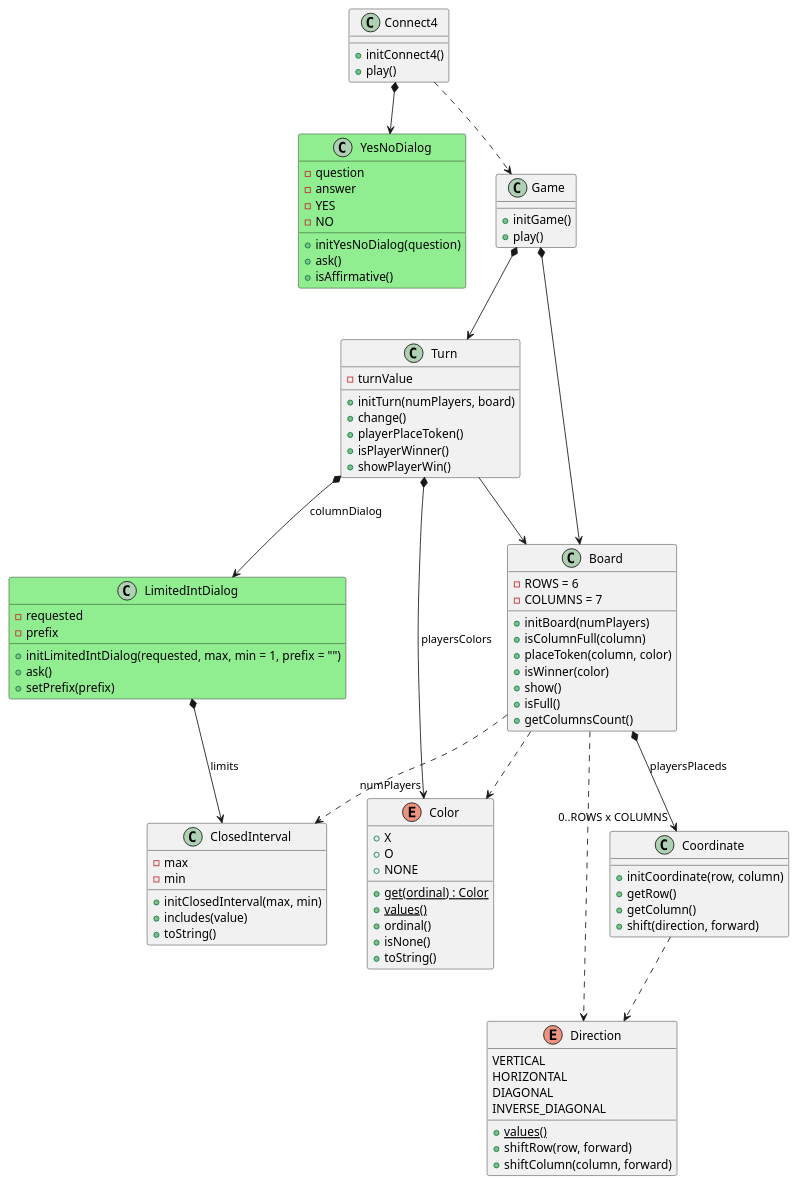
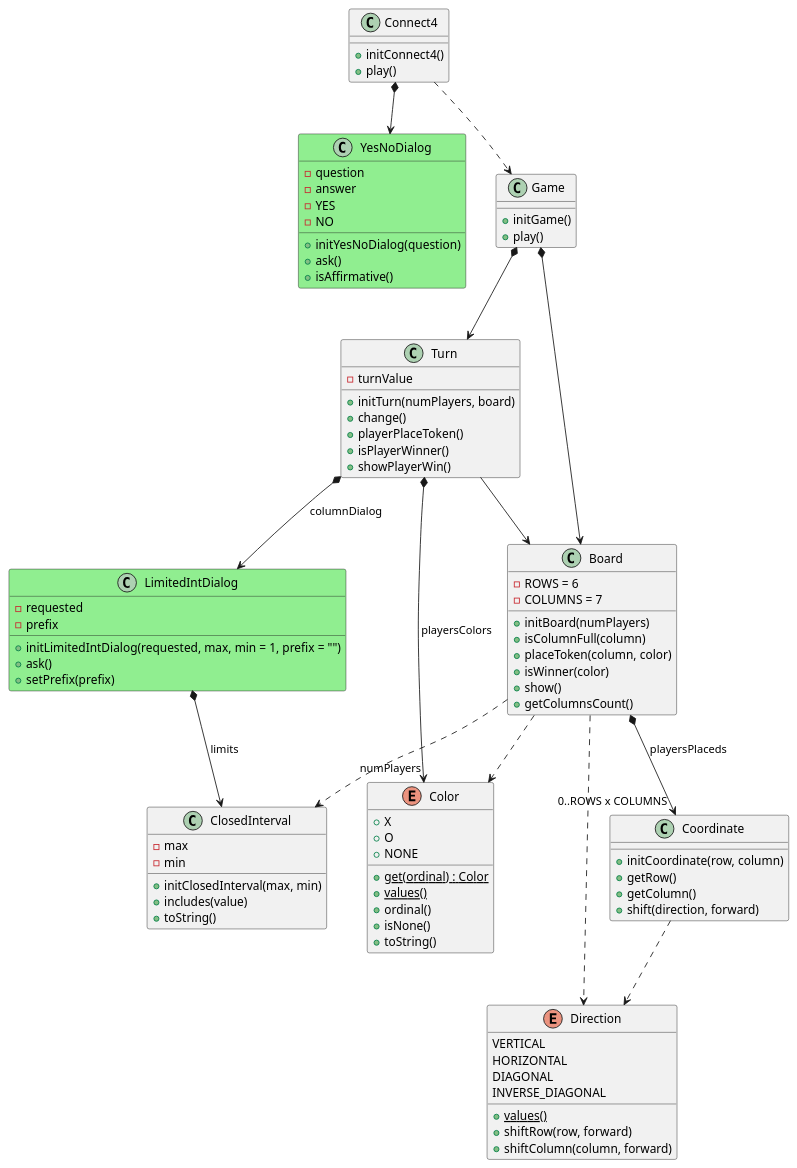
The diagram in docs/dev-resume/src/analysis.plantuml (PabloMartinFluvia/myGame-connect4), drawn with PlantUML before and after one commit. The commit also changed 4 other files, not shown here.

```diff
--- a/docs/dev-resume/src/analysis.plantuml
+++ b/docs/dev-resume/src/analysis.plantuml
@@ -1,112 +1,111 @@
 @startuml analysis
 
 class Connect4 {
 
     + initConnect4()
     + play()
 }
 Connect4 *--> YesNoDialog
 Connect4 ..> Game
 
 class Game {     
 
     + initGame()
     + play()
 }
 Game *--> Turn
 Game *--> Board
 
 class Turn {
     - turnValue
 
     + initTurn(numPlayers, board)    
     + change()      
     + playerPlaceToken()        
     + isPlayerWinner()
     + showPlayerWin()
 }
 Turn *--> "numPlayers" Color : playersColors
 Turn *--> LimitedIntDialog : columnDialog
 Turn --> Board
 
 class Board {
     - ROWS = 6
     - COLUMNS = 7
     
     + initBoard(numPlayers)
     + isColumnFull(column)
     + placeToken(column, color)
     + isWinner(color)
     + show()
-    + isFull()
     + getColumnsCount()
 }
 Board *--> "0..ROWS x COLUMNS" Coordinate : playersPlaceds
 Board ..> ClosedInterval
 Board ..> Direction
 Board ..> Color
 
 class Coordinate {
     + initCoordinate(row, column)
     + getRow()
     + getColumn()
     + shift(direction, forward)
 }
 Coordinate ..> Direction
 
 enum Direction {
     VERTICAL
     HORIZONTAL
     DIAGONAL
     INVERSE_DIAGONAL
 
     + {static} values()
     + shiftRow(row, forward)
     + shiftColumn(column, forward)
 }
 
 enum Color {
     + X
     + O   
     + NONE 
 
     + {static} get(ordinal) : Color  
     + {static} values()  
     + ordinal()
     + isNone()
     + toString()
 }
 
 class YesNoDialog #LightGreen {  
     - question
     - answer   
     - YES
     - NO
 
     + initYesNoDialog(question)
     + ask()
     + isAffirmative()
 }
 
 class LimitedIntDialog #LightGreen {
     - requested
     - prefix
     
 
     + initLimitedIntDialog(requested, max, min = 1, prefix = "") 
     + ask()
     + setPrefix(prefix)
 }
 LimitedIntDialog *--> ClosedInterval : limits
 
 class ClosedInterval {
     - max
     - min
 
     + initClosedInterval(max, min)
     + includes(value)
     + toString()
 }
 
 
 @enduml
```
